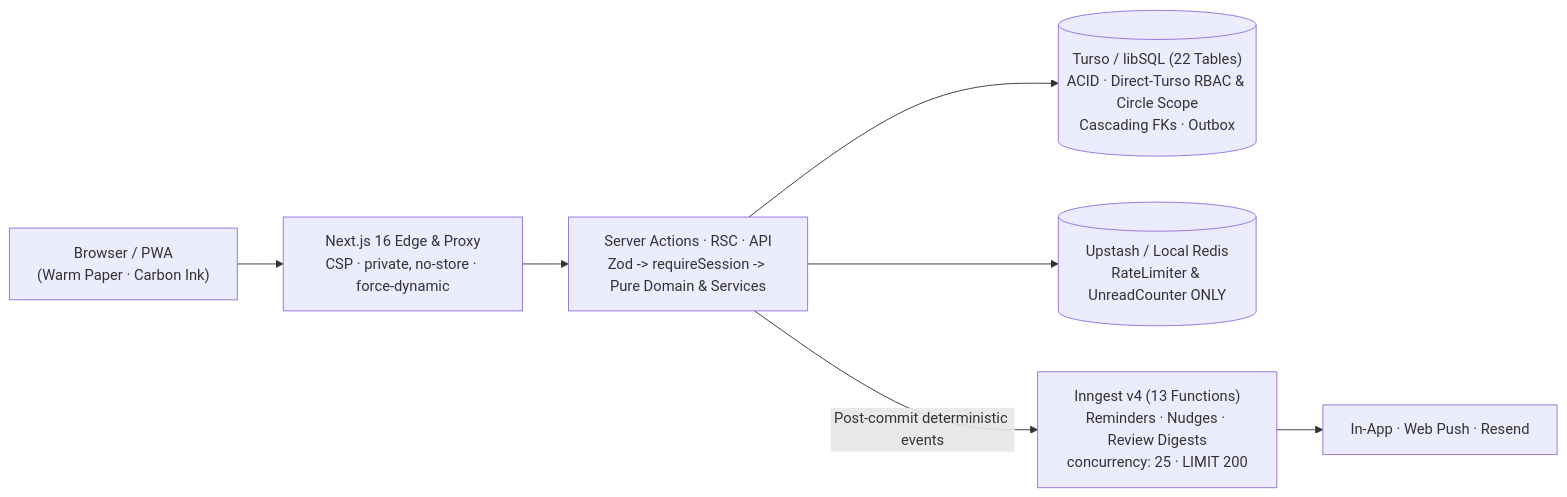
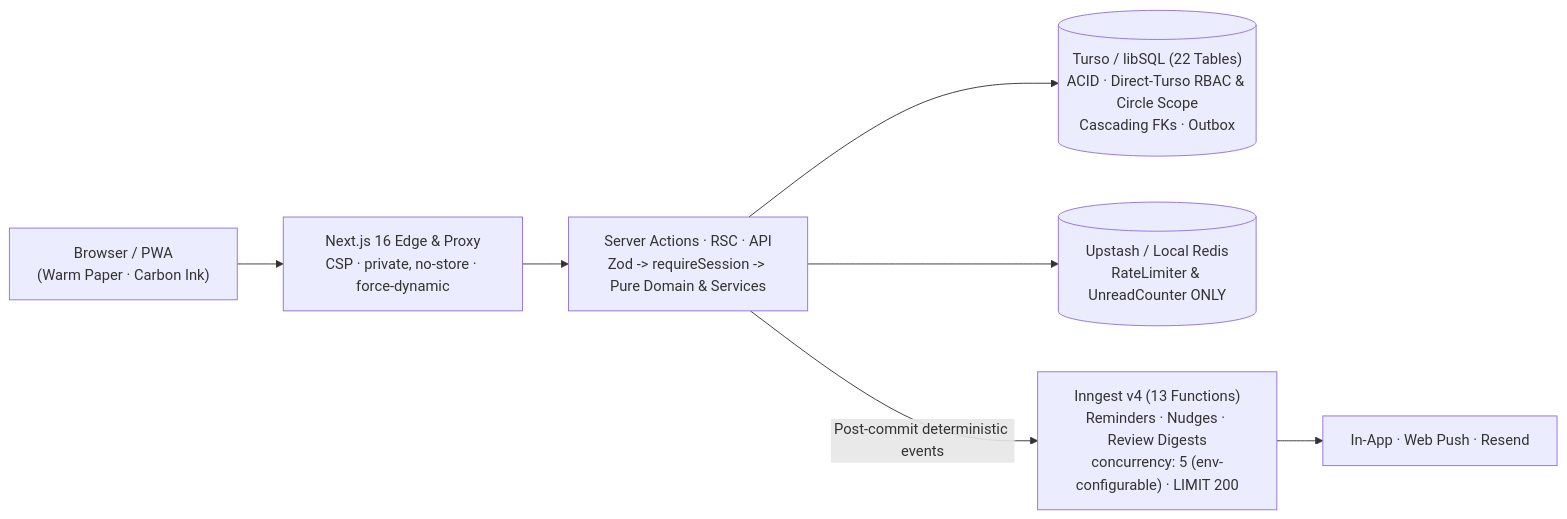
One commit to Marvin-MM/folio_tracker changed the diagram in README.md. Above: the diagram before and after it, drawn with Mermaid. The commit also changed other lines of this file and 15 other files, not shown here.

````diff
--- a/README.md
+++ b/README.md
@@ -40,9 +40,9 @@
 ```mermaid
 flowchart LR
   Browser["Browser / PWA\n(Warm Paper · Carbon Ink)"] --> Edge["Next.js 16 Edge & Proxy\nCSP · private, no-store · force-dynamic"]
   Edge --> Core["Server Actions · RSC · API\nZod -> requireSession -> Pure Domain & Services"]
   Core --> Turso[("Turso / libSQL (22 Tables)\nACID · Direct-Turso RBAC & Circle Scope\nCascading FKs · Outbox")]
   Core --> Redis[("Upstash / Local Redis\nRateLimiter & UnreadCounter ONLY")]
-  Core -->|"Post-commit deterministic events"| Inngest["Inngest v4 (13 Functions)\nReminders · Nudges · Review Digests\nconcurrency: 25 · LIMIT 200"]
+  Core -->|"Post-commit deterministic events"| Inngest["Inngest v4 (13 Functions)\nReminders · Nudges · Review Digests\nconcurrency: 5 (env-configurable) · LIMIT 200"]
   Inngest --> Channels["In-App · Web Push · Resend"]
 ```
````
